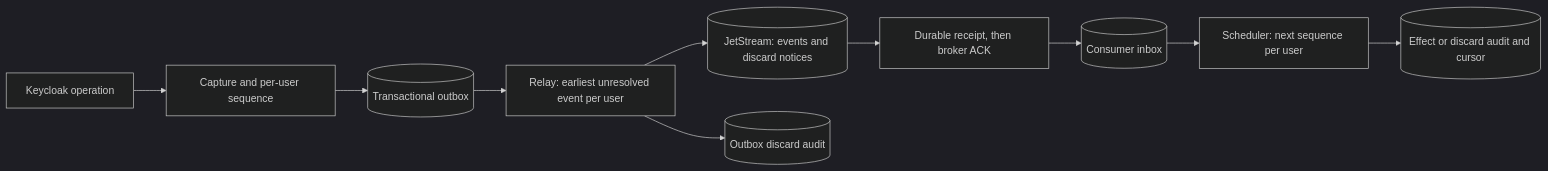
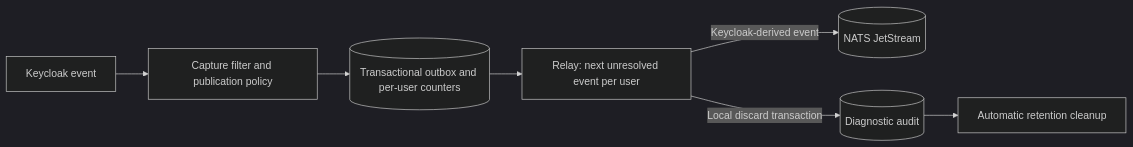
Before and after one commit to gbeaule/keycloak-nats-durable: the diagram in docs/per-user-ording-implementation/README.md, drawn with Mermaid (dark theme). The commit also changed other lines of this file and 9 other files, not shown here.

````diff
--- a/docs/per-user-ording-implementation/README.md
+++ b/docs/per-user-ording-implementation/README.md
@@ -53,12 +59,9 @@
 ```mermaid
 flowchart LR
-  K[Keycloak operation] --> C[Capture and per-user sequence]
-  C --> O[(Transactional outbox)]
-  O --> R[Relay: earliest unresolved event per user]
-  R --> J[(JetStream: events and discard notices)]
-  R --> A[(Outbox discard audit)]
-  J --> I[Durable receipt, then broker ACK]
-  I --> D[(Consumer inbox)]
-  D --> S[Scheduler: next sequence per user]
-  S --> E[(Effect or discard audit and cursor)]
+  K[Keycloak event] --> F[Capture filter and publication policy]
+  F --> O[(Transactional outbox and per-user counters)]
+  O --> R[Relay: next unresolved event per user]
+  R -->|Keycloak-derived event| N[(NATS JetStream)]
+  R -->|Local discard transaction| A[(Diagnostic audit)]
+  A --> C[Automatic retention cleanup]
 ```
````
